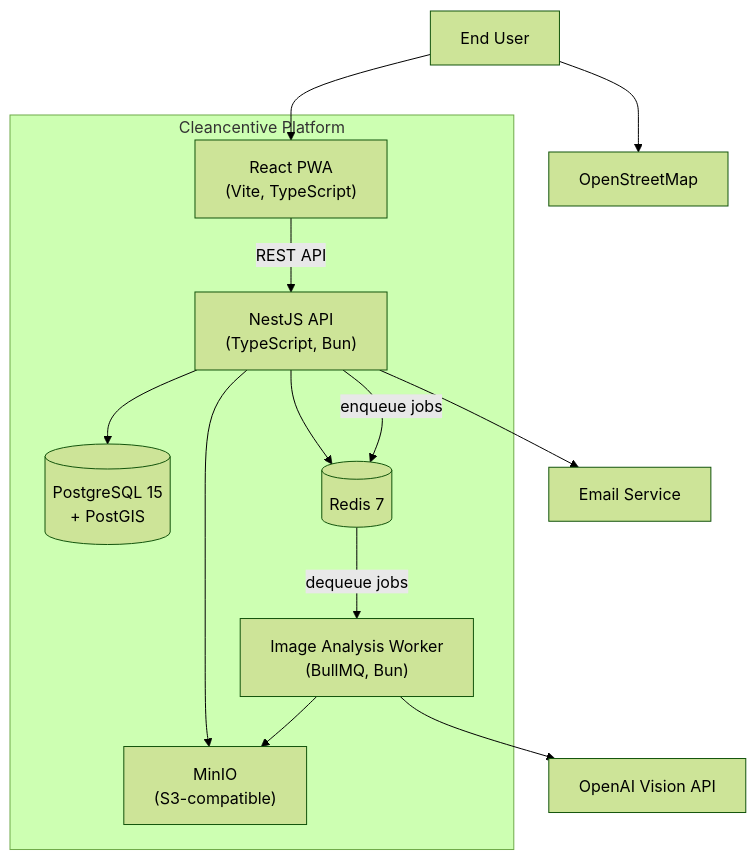
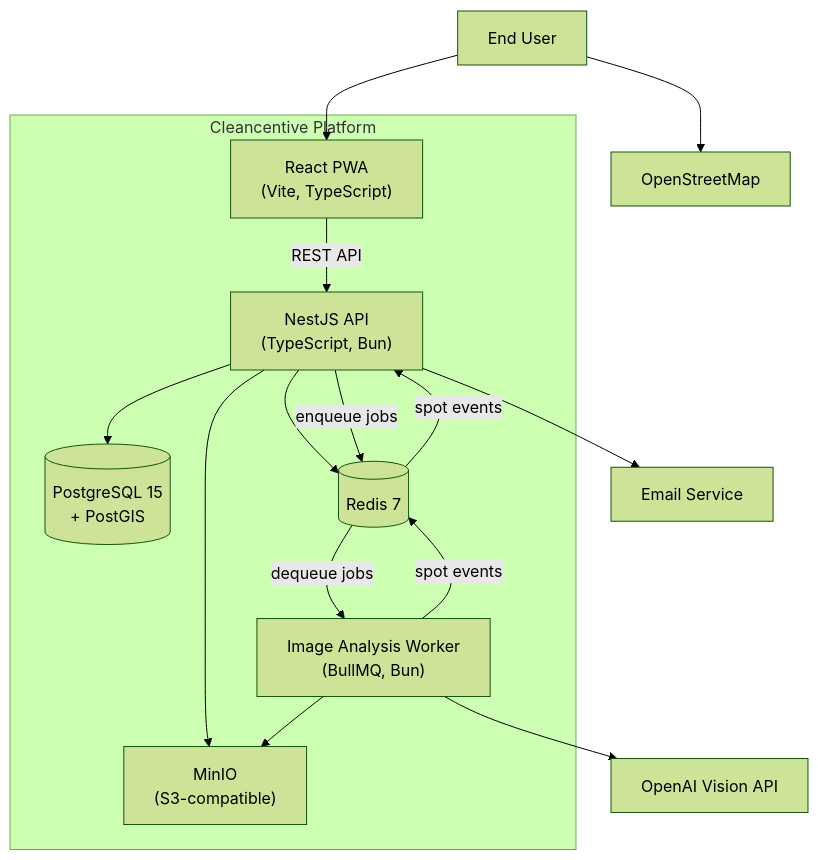
The diagram in docs/architecture/container.md (cleancentive/cleancentive), drawn with Mermaid (forest theme) before and after one commit. The commit also changed other lines of this file and 5 other files, not shown here.

First line of the commit message:
feat(insights): stream spot events over SSE

````diff
--- a/docs/architecture/container.md
+++ b/docs/architecture/container.md
@@ -5,29 +5,31 @@
 ```mermaid
 graph TD
     User["End User"]
 
     subgraph Cleancentive["Cleancentive Platform"]
         PWA["React PWA<br/>(Vite, TypeScript)"]
         API["NestJS API<br/>(TypeScript, Bun)"]
         Worker["Image Analysis Worker<br/>(BullMQ, Bun)"]
         DB[("PostgreSQL 15<br/>+ PostGIS")]
         Redis[("Redis 7")]
         MinIO["MinIO<br/>(S3-compatible)"]
     end
 
     OpenAI["OpenAI Vision API"]
     OSM["OpenStreetMap"]
     EmailProvider["Email Service"]
 
     User --> PWA
     User --> OSM
     PWA -->|REST API| API
     API --> DB
     API --> Redis
     API --> MinIO
     API -->|enqueue jobs| Redis
     Redis -->|dequeue jobs| Worker
+    Worker -->|spot events| Redis
+    Redis -->|spot events| API
     Worker --> OpenAI
     Worker --> MinIO
     API --> EmailProvider
 ```
````
